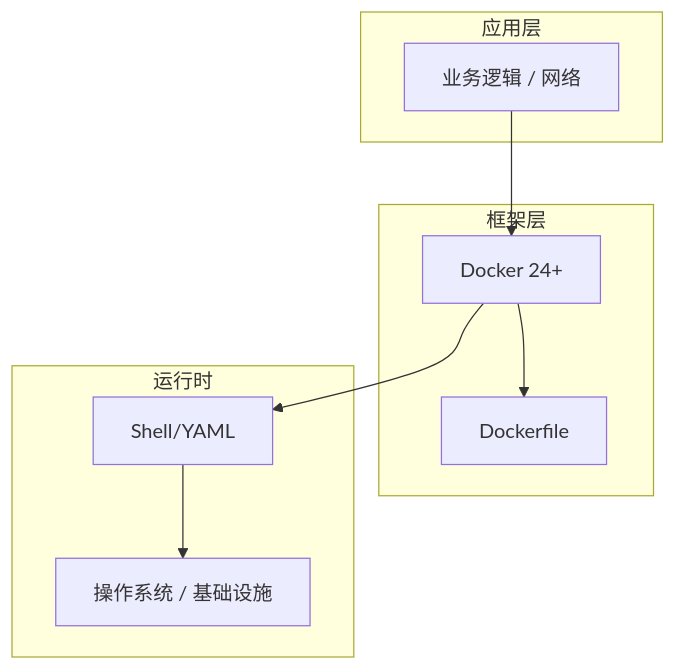
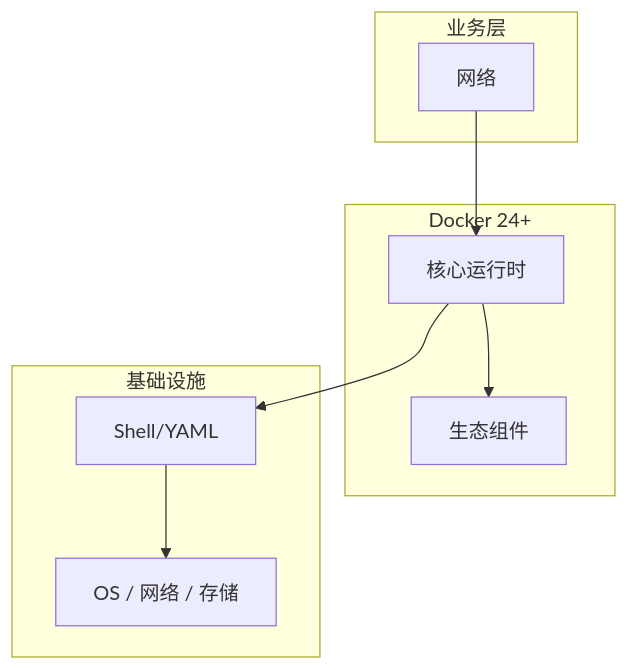
The diagram in articles/Docker/chapters/029-网络核心概念与原理.md (yanggan2015/knowledge-json-v2), drawn with Mermaid before and after one commit. The commit also changed other lines of this file and 10127 other files, not shown here.

````diff
--- a/articles/Docker/chapters/029-网络核心概念与原理.md
+++ b/articles/Docker/chapters/029-网络核心概念与原理.md
@@ -45,18 +34,18 @@
 ```mermaid
 graph TB
-    subgraph 应用层
-        A[业务逻辑 / 网络]
+    subgraph 业务层
+        A[网络]
     end
-    subgraph 框架层
-        B[Docker 24+]
-        C[Dockerfile]
+    subgraph Docker 24+
+        B[核心运行时]
+        C[生态组件]
     end
-    subgraph 运行时
+    subgraph 基础设施
         D[Shell/YAML]
-        E[操作系统 / 基础设施]
+        E[OS / 网络 / 存储]
     end
     A --> B
     B --> C
     B --> D
     D --> E
 ```
````
